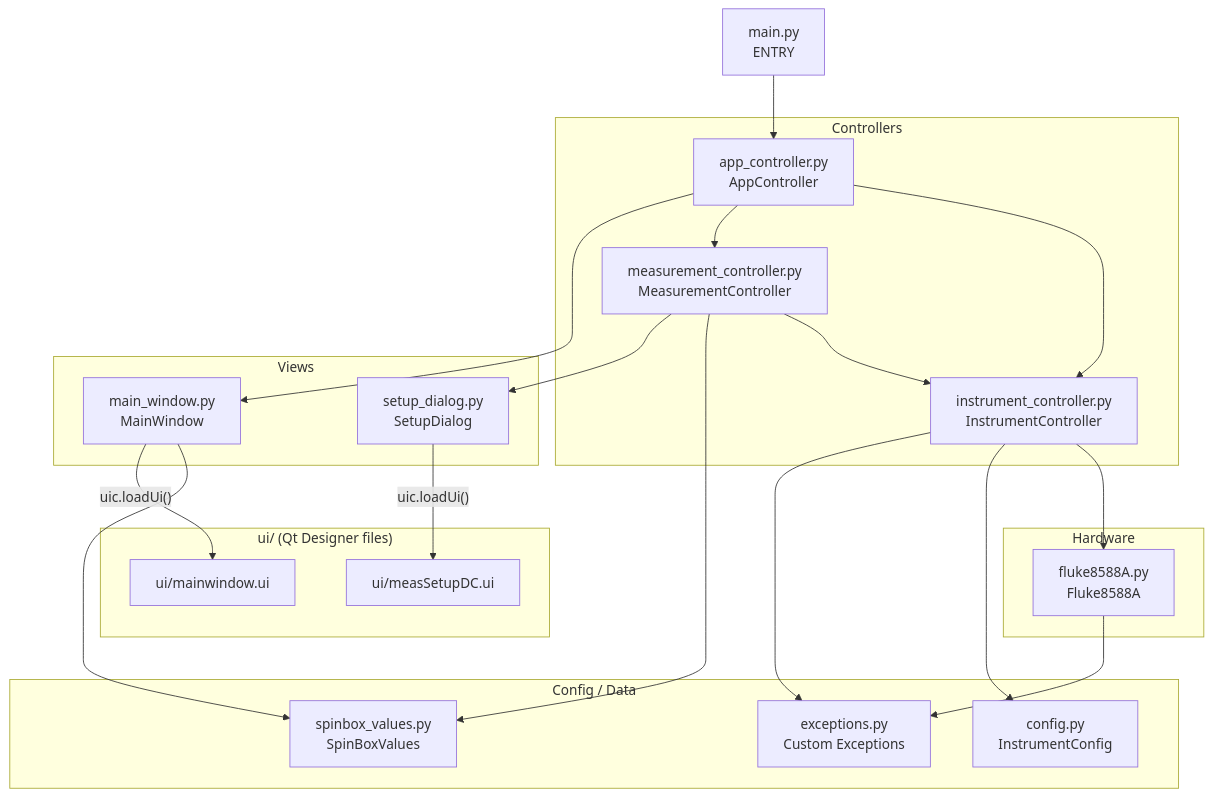
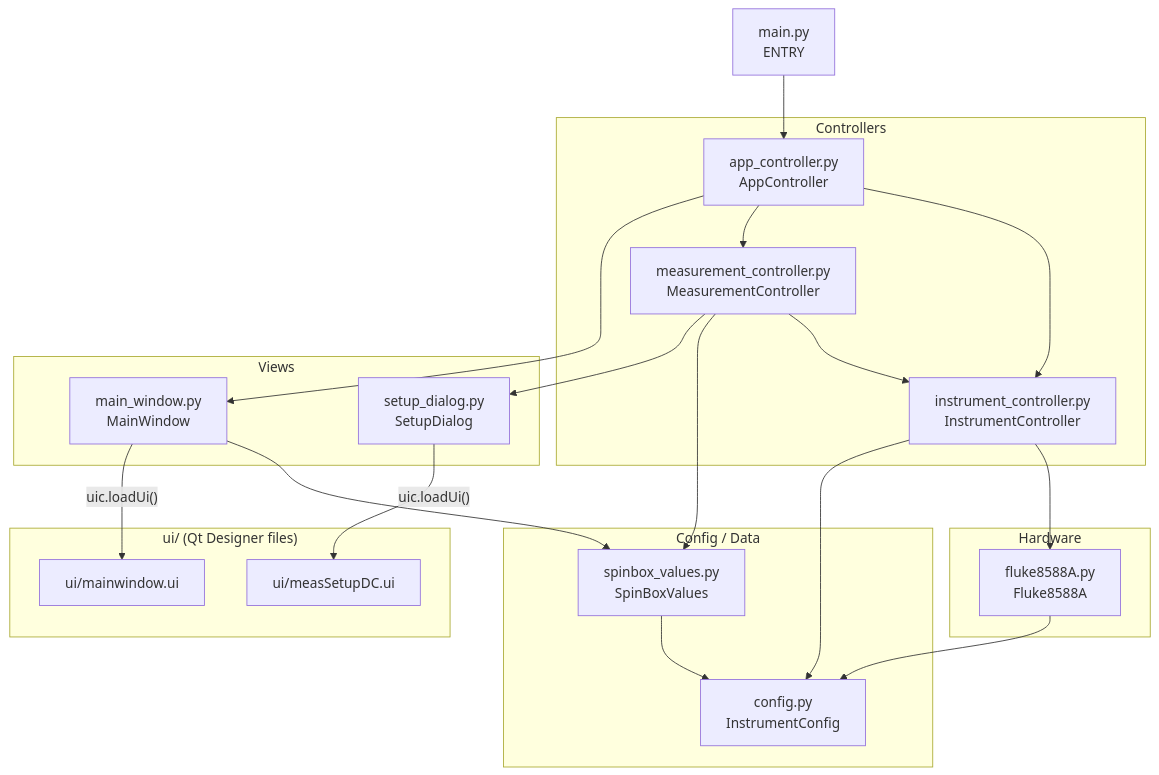
The first of 2 diagrams in Project design ideas/architecture.md (is4rk/Fluke8588A-pyvisa), drawn with Mermaid before and after one commit. The commit also changed other lines of this file, not shown here.

Commit message:
rebase(UML): updates uml diagram with latest changes

````diff
--- a/Project design ideas/architecture.md
+++ b/Project design ideas/architecture.md
@@ -5,46 +5,45 @@
 ```mermaid
 graph TD
     main["main.py\nENTRY"]
 
     subgraph controllers ["Controllers"]
         app_ctrl["app_controller.py\nAppController"]
         instr_ctrl["instrument_controller.py\nInstrumentController"]
         meas_ctrl["measurement_controller.py\nMeasurementController"]
     end
 
     subgraph views ["Views"]
         main_win["main_window.py\nMainWindow"]
         setup_dlg["setup_dialog.py\nSetupDialog"]
     end
 
     subgraph ui_files ["ui/  (Qt Designer files)"]
         mainwindow_ui["ui/mainwindow.ui"]
         meassetup_ui["ui/measSetupDC.ui"]
     end
 
     subgraph hardware ["Hardware"]
         fluke["fluke8588A.py\nFluke8588A"]
     end
 
     subgraph data ["Config / Data"]
         config["config.py\nInstrumentConfig"]
         sbv["spinbox_values.py\nSpinBoxValues"]
-        exc["exceptions.py\nCustom Exceptions"]
     end
 
     main --> app_ctrl
     app_ctrl --> instr_ctrl
     app_ctrl --> meas_ctrl
     app_ctrl --> main_win
     instr_ctrl --> fluke
     instr_ctrl --> config
     meas_ctrl --> instr_ctrl
     meas_ctrl --> sbv
     meas_ctrl --> setup_dlg
     main_win --> sbv
-    fluke --> exc
-    instr_ctrl --> exc
+    fluke --> config
+    sbv --> config
 
     main_win -- "uic.loadUi()" --> mainwindow_ui
     setup_dlg -- "uic.loadUi()" --> meassetup_ui
 ```
````
